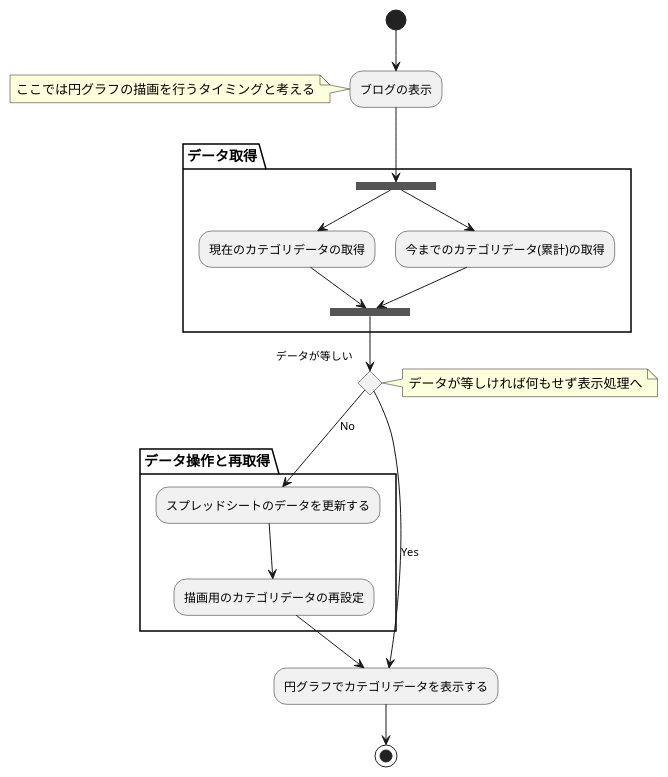
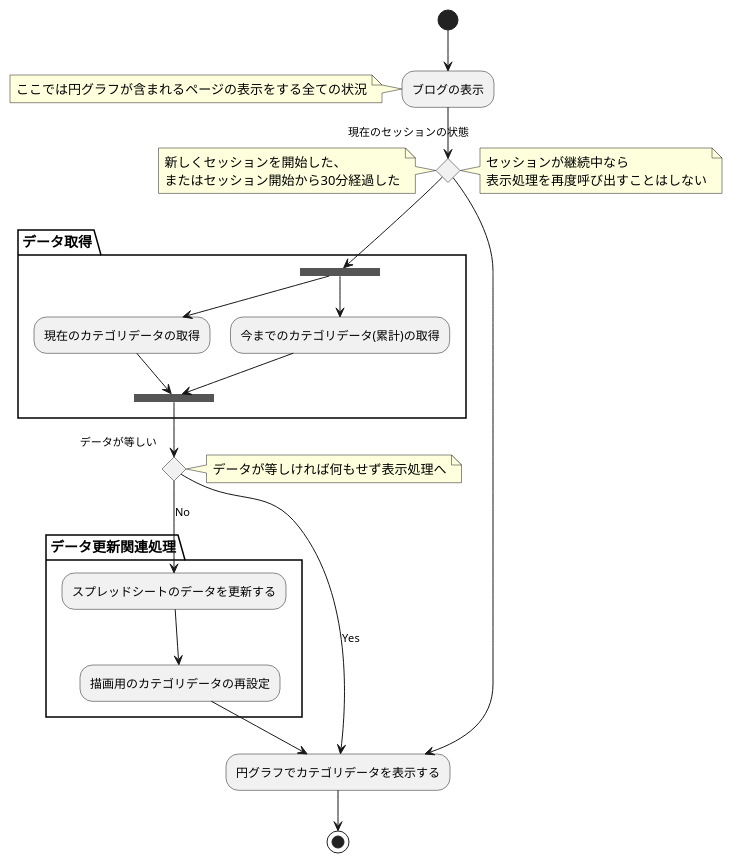
The diagram in activity.pu (AmGacrux/HatenaBlog_CategoriesAggregation), drawn with PlantUML before and after one commit. The commit also changed other lines of this file, not shown here.

```diff
--- a/activity.pu
+++ b/activity.pu
@@ -1,23 +2,31 @@
 @startuml Activity
+
 (*) --> "ブログの表示" 
-note left: ここでは円グラフの描画を行うタイミングと考える
+note left: ここでは円グラフが含まれるページの表示をする全ての状況
+if "現在のセッションの状態" then
+note right: セッションが継続中なら\n表示処理を再度呼び出すことはしない
+--> "円グラフでカテゴリデータを表示する" 
+else 
+note left: 新しくセッションを開始した、\nまたはセッション開始から30分経過した
 partition "データ取得" {
-"ブログの表示" --> ===fork===
-===fork=== --> "現在のカテゴリデータの取得"
+--> ===fork=== 
+--> "現在のカテゴリデータの取得"
 --> ===join===
 ===fork=== --> "今までのカテゴリデータ(累計)の取得"
 --> ===join===
 }
+endif
 
 if "データが等しい" then 
 note right: データが等しければ何もせず表示処理へ
 --> [Yes] "円グラフでカテゴリデータを表示する"
 else
-partition "データ操作と再取得" { 
+partition "データ更新関連処理" { 
 --> [No] "スプレッドシートのデータを更新する" 
 --> "描画用のカテゴリデータの再設定"
 --> "円グラフでカテゴリデータを表示する" 
 }
 endif
 --> (*)
+
 @enduml
```
